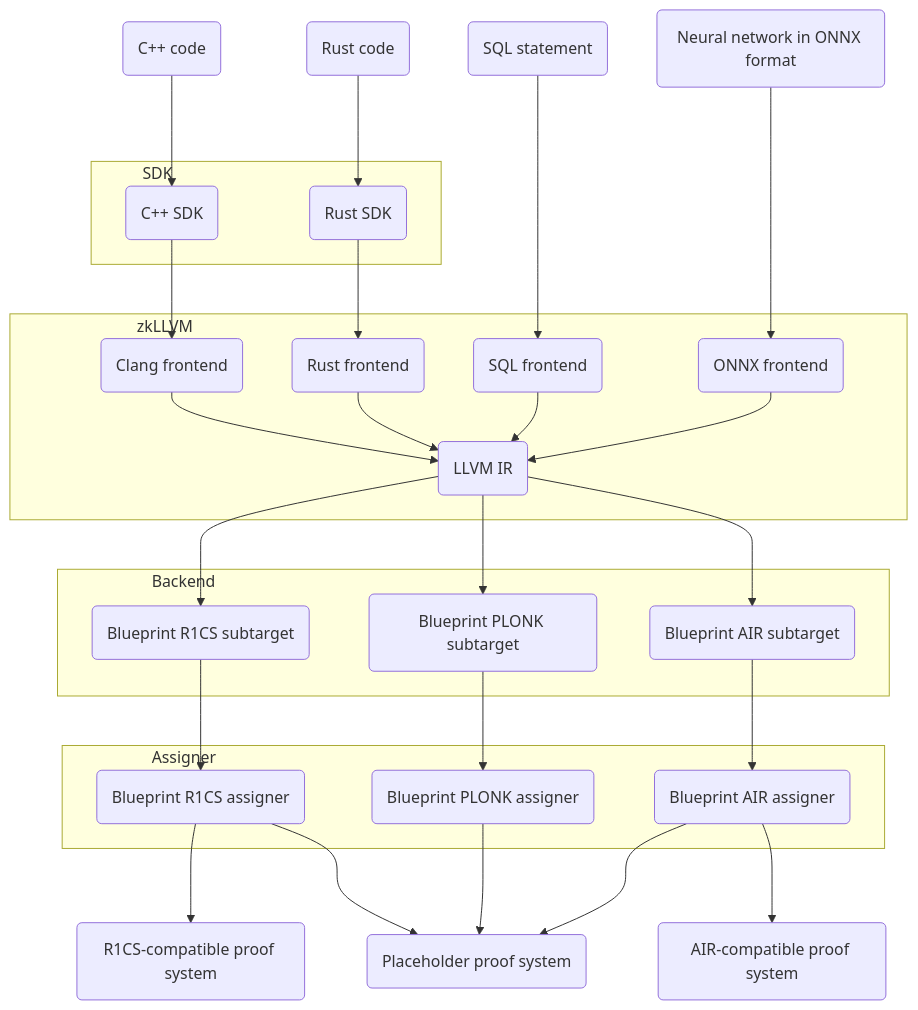
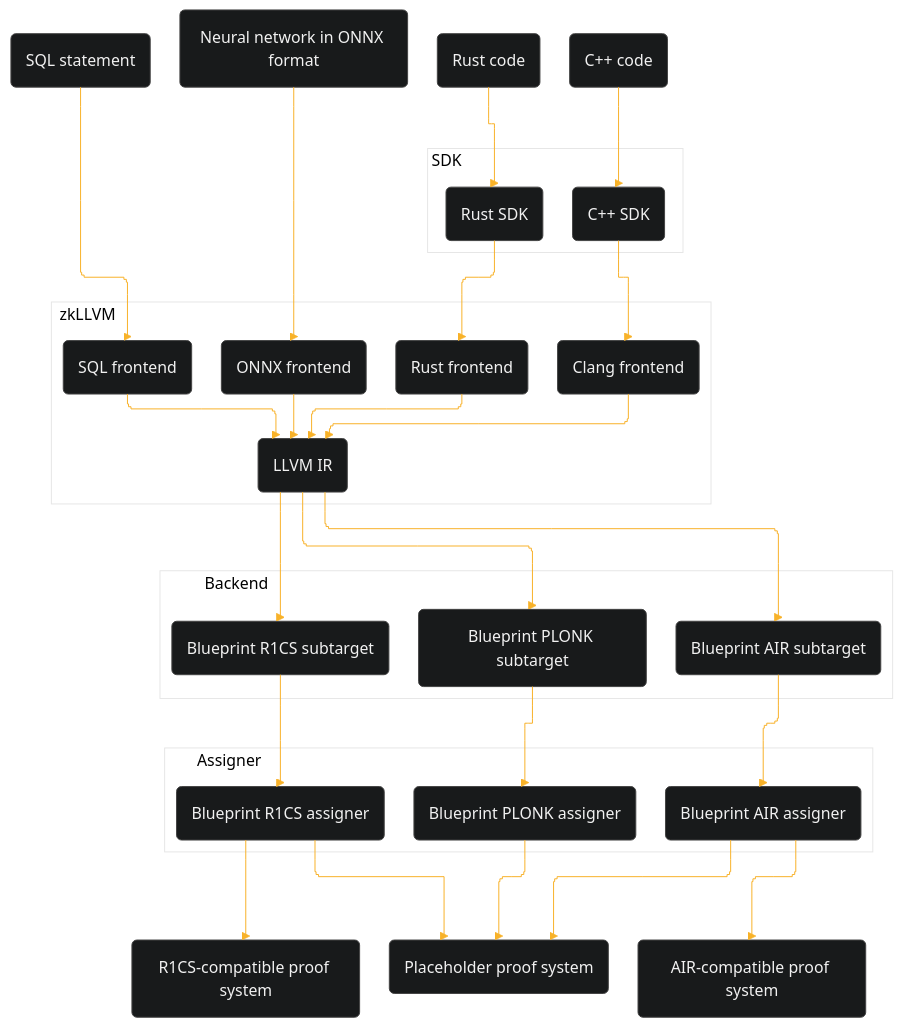
Before and after one commit to NilFoundation/docs.nil.foundation: the diagram in zkllvm/overview/what-is-zkllvm.mdx, drawn with Mermaid. The commit also changed 4 other files, not shown here.

Commit message:
docusaurus update, README fix, mermaid fix, bash fix

```diff
--- a/zkllvm/overview/what-is-zkllvm.mdx
+++ b/zkllvm/overview/what-is-zkllvm.mdx
@@ -40,12 +40,12 @@
   init: {
     'theme': 'base',
     'themeVariables': {
-      'primaryColor': '#0f0f0f',
+      'primaryColor': '#181A1B',
       'primaryTextColor': '#f1f1f1',
-      'primaryBorderColor': '#f1f1f1',
-      'lineColor': '#87B6FC',
-      'secondaryColor': '#f1f1f1',
-      'tertiaryColor': '#2f2f2f',
+      'primaryBorderColor': '#434343',
+      'lineColor': '#F8B229',
+      'secondaryColor': '#181A1B',
+      'tertiaryColor': '#fff'
     },
     'flowchart':
     {
```
